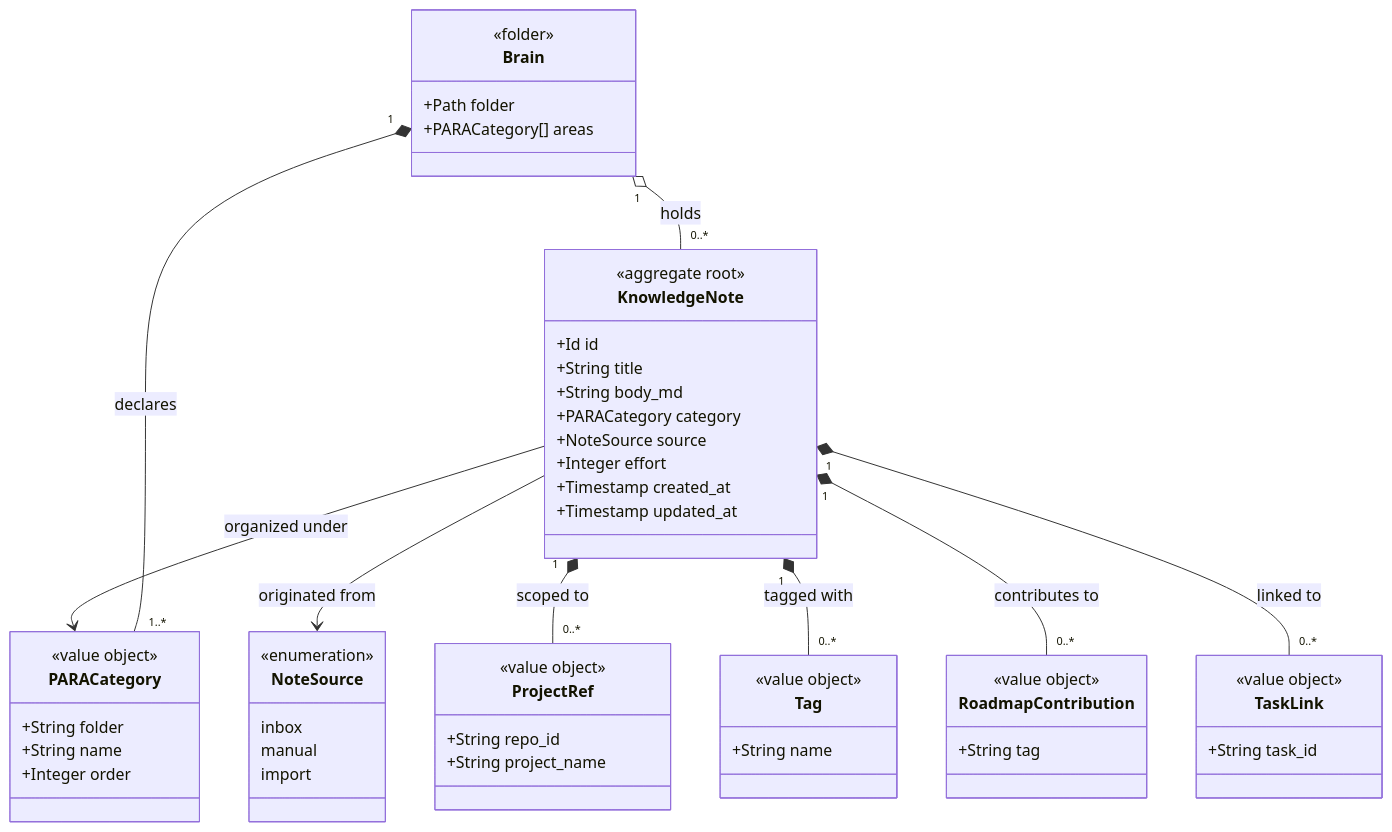
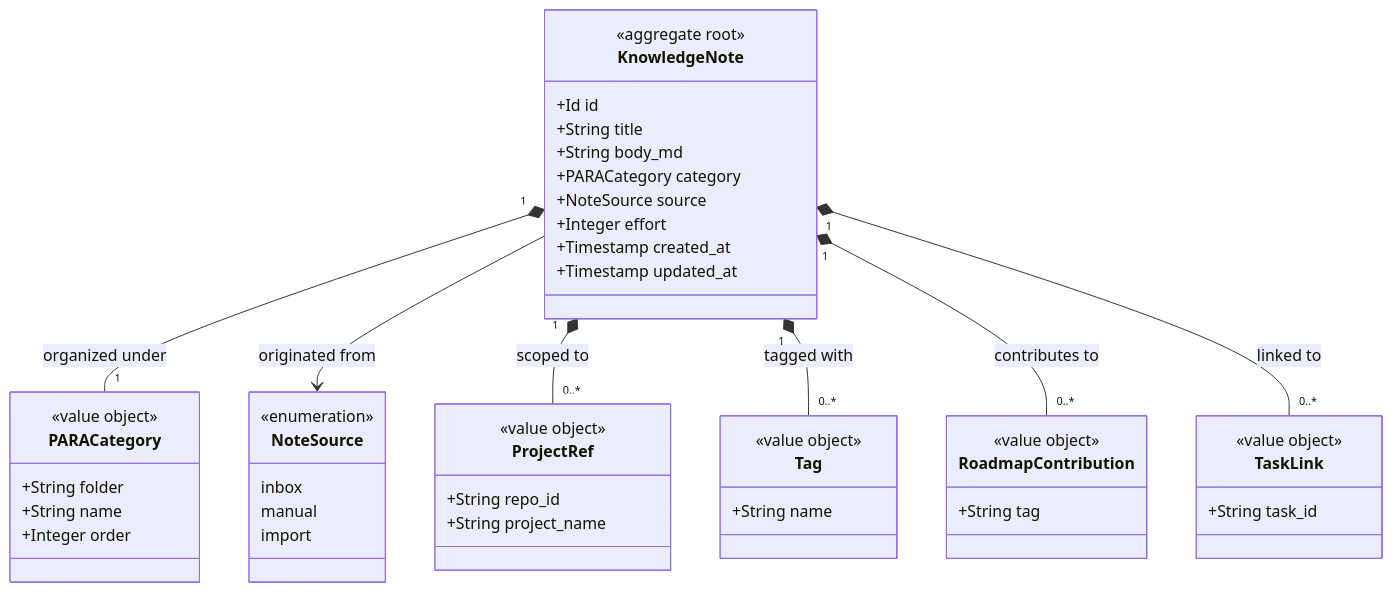
The first of 2 diagrams in .devbook/domain/devbook/model.md (JSdotNet/Backlog), drawn with Mermaid before and after one commit. The commit also changed other lines of this file and 11 other files, not shown here.

````diff
--- a/.devbook/domain/devbook/model.md
+++ b/.devbook/domain/devbook/model.md
@@ -15,57 +15,50 @@
 ```mermaid
 classDiagram
     class KnowledgeNote {
         <<aggregate root>>
         +Id id
         +String title
         +String body_md
         +PARACategory category
         +NoteSource source
         +Integer effort
         +Timestamp created_at
         +Timestamp updated_at
-    }
-    class Brain {
-        <<folder>>
-        +Path folder
-        +PARACategory[] areas
     }
     class ProjectRef {
         <<value object>>
         +String repo_id
         +String project_name
     }
     class Tag {
         <<value object>>
         +String name
     }
     class RoadmapContribution {
         <<value object>>
         +String tag
     }
     class TaskLink {
         <<value object>>
         +String task_id
     }
     class PARACategory {
         <<value object>>
         +String folder
         +String name
         +Integer order
     }
     class NoteSource {
         <<enumeration>>
         inbox
         manual
         import
     }
 
-    KnowledgeNote --> PARACategory : organized under
-    Brain "1" o-- "0..*" KnowledgeNote : holds
-    Brain "1" *-- "1..*" PARACategory : declares
+    KnowledgeNote "1" *-- "1" PARACategory : organized under
     KnowledgeNote --> NoteSource : originated from
     KnowledgeNote "1" *-- "0..*" ProjectRef : scoped to
     KnowledgeNote "1" *-- "0..*" Tag : tagged with
     KnowledgeNote "1" *-- "0..*" RoadmapContribution : contributes to
     KnowledgeNote "1" *-- "0..*" TaskLink : linked to
 ```
````
